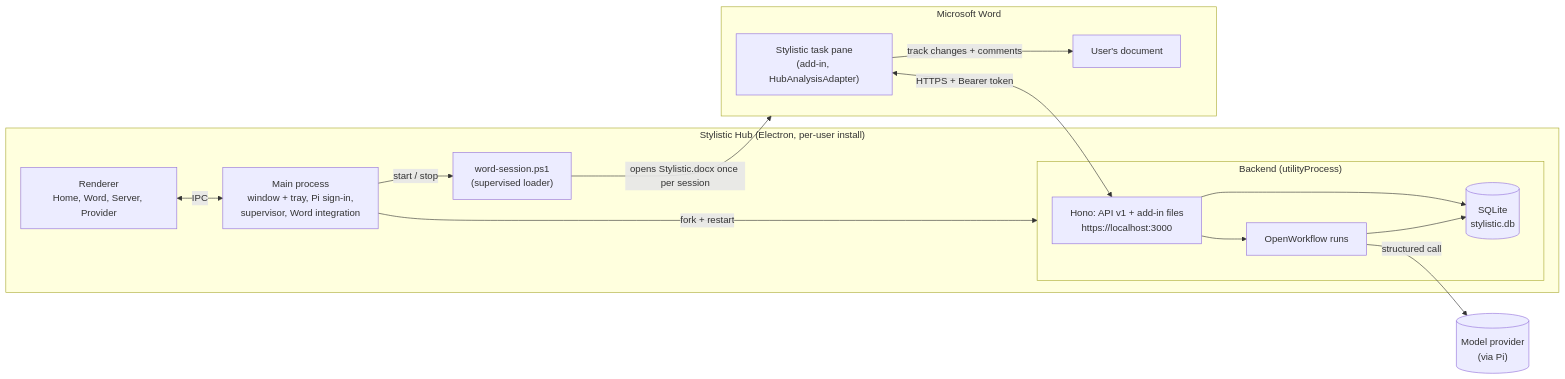
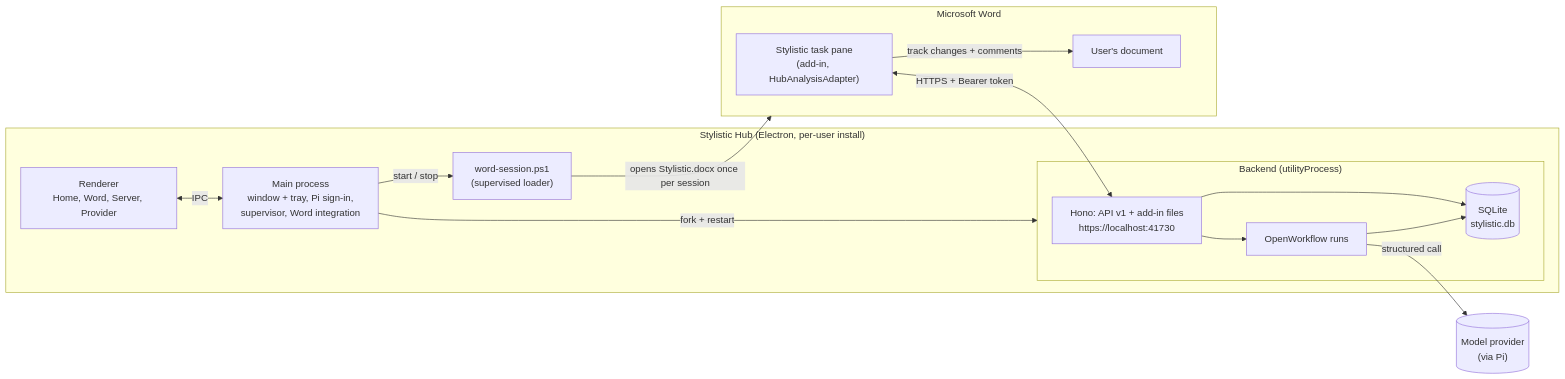
Before and after one commit to Disble/stylistic-hub: the first of 3 diagrams in docs/architecture.md, drawn with Mermaid. The commit also changed other lines of this file and 22 other files, not shown here.

````diff
--- a/docs/architecture.md
+++ b/docs/architecture.md
@@ -7,29 +7,29 @@
 ```mermaid
 flowchart LR
   subgraph Hub["Stylistic Hub (Electron, per-user install)"]
     Main["Main process<br/>window + tray, Pi sign-in,<br/>supervisor, Word integration"]
     UI["Renderer<br/>Home, Word, Server, Provider"]
     subgraph Backend["Backend (utilityProcess)"]
-      API["Hono: API v1 + add-in files<br/>https://localhost:3000"]
+      API["Hono: API v1 + add-in files<br/>https://localhost:41730"]
       WF["OpenWorkflow runs"]
       DB[("SQLite<br/>stylistic.db")]
     end
     Loader["word-session.ps1<br/>(supervised loader)"]
   end
   subgraph Word["Microsoft Word"]
     Pane["Stylistic task pane<br/>(add-in, HubAnalysisAdapter)"]
     Doc["User's document"]
   end
   Provider[("Model provider<br/>(via Pi)")]
 
   UI <-->|IPC| Main
   Main -->|fork + restart| Backend
   Main -->|start / stop| Loader
   Loader -->|"opens Stylistic.docx once per session"| Word
   Pane <-->|"HTTPS + Bearer token"| API
   API --> WF
   WF --> DB
   API --> DB
   WF -->|"structured call"| Provider
   Pane -->|"track changes + comments"| Doc
 ```
````
